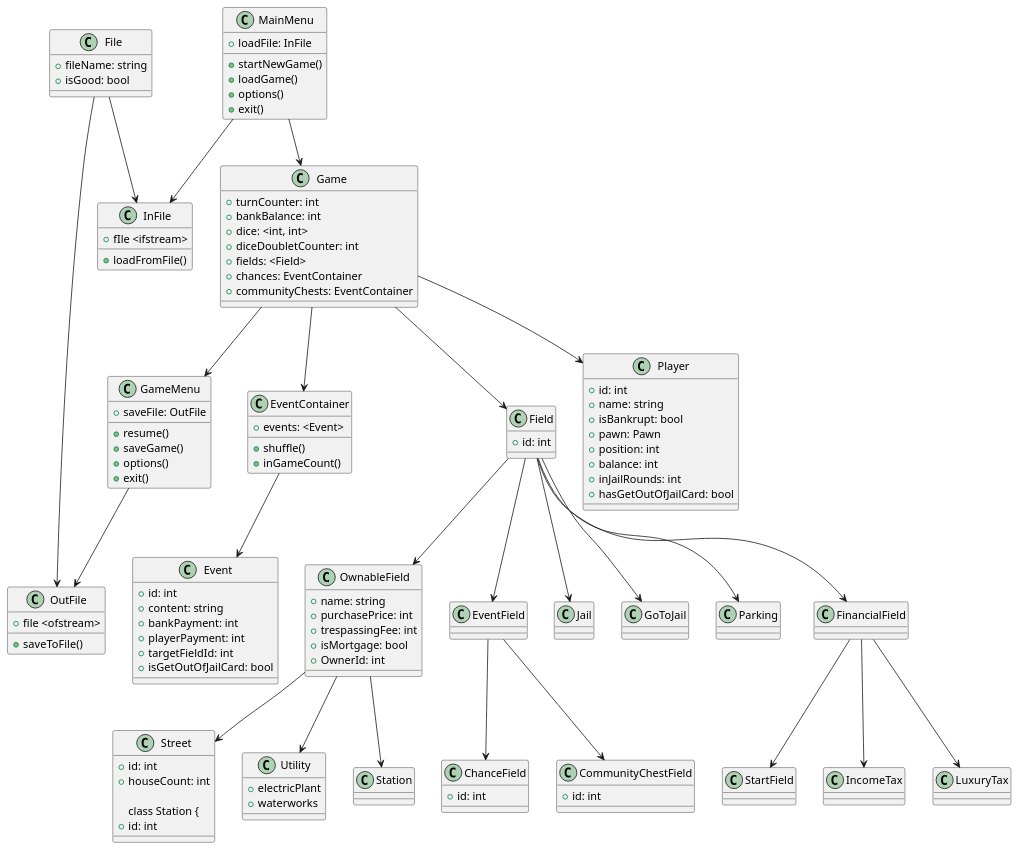
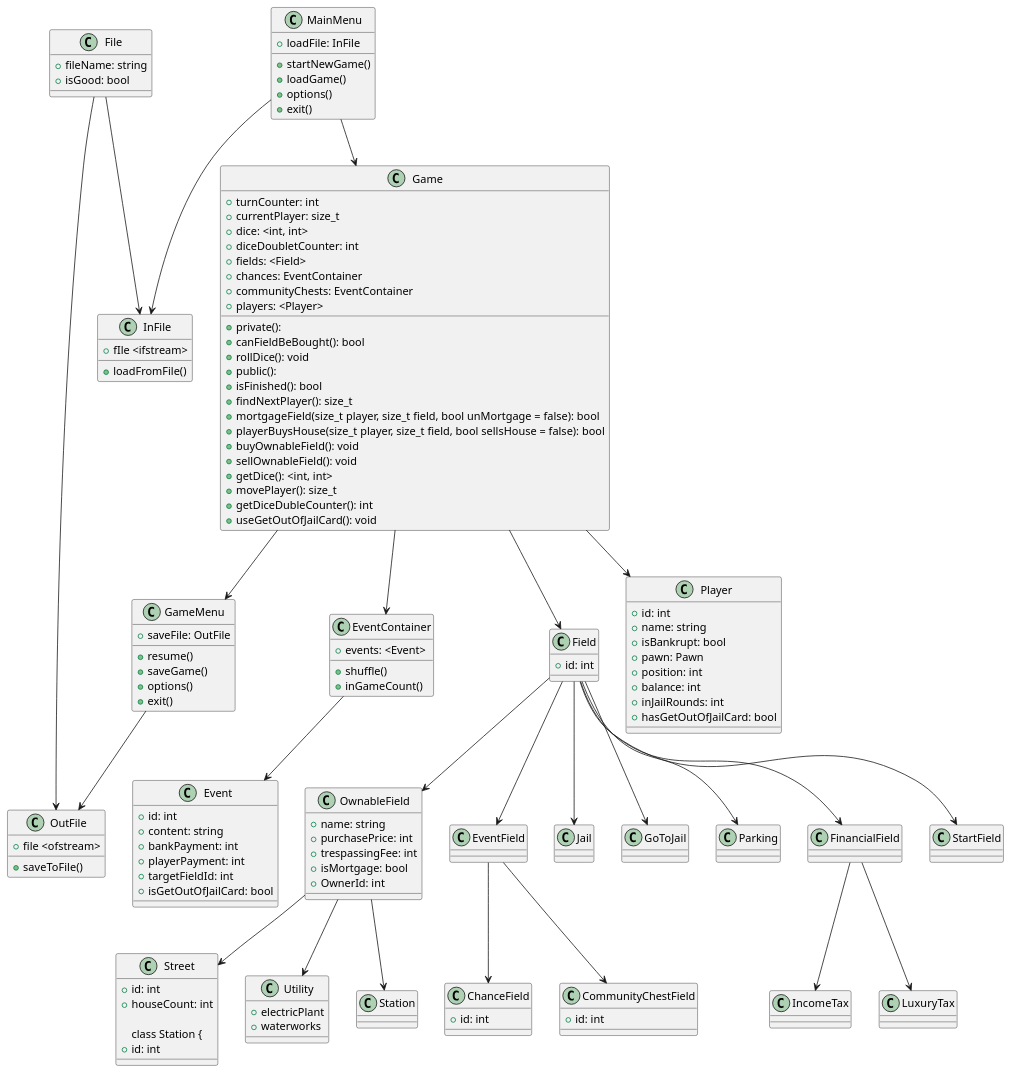
The diagram in diagram.puml (J4CeX/PROI_monopoly), drawn with PlantUML before and after one commit.

Commit message:
Modified diagram

```diff
--- a/diagram.puml
+++ b/diagram.puml
@@ -1,162 +1,166 @@
-@startuml name
+@startuml Monopoly
 class Game {
     +turnCounter: int
-    +bankBalance: int
+    +currentPlayer: size_t
     +dice: <int, int>
     +diceDoubletCounter: int
     +fields: <Field>
     +chances: EventContainer
     +communityChests: EventContainer
-    ' +callMenu()
-    ' +findCurrentPlayer()
-    ' +playerHypothecatesField()
-    ' +waitingMode()
-    ' +endWaitingMode()
-    ' +playerBuysHouse()
-    ' +playerSellsHouse()
-    ' +rollDice()
-    ' +movePlayer()
-    ' +checkTargetField()
-    ' +playerGoesToJail()
+    +players: <Player>
+    +private():
+    +canFieldBeBought(): bool
+    +rollDice(): void
+    +public():
+    +isFinished(): bool
+    +findNextPlayer(): size_t
+    +mortgageField(size_t player, size_t field, bool unMortgage = false): bool
+    +playerBuysHouse(size_t player, size_t field, bool sellsHouse = false): bool
+    +buyOwnableField(): void
+    +sellOwnableField(): void
+    +getDice(): <int, int>
+    +movePlayer(): size_t
+    +getDiceDubleCounter(): int
+    +useGetOutOfJailCard(): void
 }
 
 class File {
     +fileName: string
     +isGood: bool
 }
 
 class OutFile {
     +file <ofstream>
     +saveToFile()
 }
 
 class InFile {
     +fIle <ifstream>
     +loadFromFile()
 }
 
 class MainMenu {
     +loadFile: InFile
     +startNewGame()
     +loadGame()
     +options()
     +exit()
 }
 
 class GameMenu {
     +saveFile: OutFile
     +resume()
     +saveGame()
     +options()
     +exit()
 }
 
 class EventContainer {
     +events: <Event>
     +shuffle()
     +inGameCount()
 }
 
 class Event {
     +id: int
     +content: string
     +bankPayment: int
     +playerPayment: int
     +targetFieldId: int
     +isGetOutOfJailCard: bool
 }
 
 class Field {
     +id: int
 }
 
 class OwnableField {
     +name: string
     +purchasePrice: int
     +trespassingFee: int
     +isMortgage: bool
     +OwnerId: int
 }
 
 class Street {
     +id: int
     +houseCount: int
 
 class Station {
     +id: int
 }
 
 class Utility {
     +electricPlant
     +waterworks
 }
 
 class EventField {
 }
 
 class ChanceField {
     +id: int
 }
 
 class CommunityChestField {
     +id: int
 }
 
 class Jail {}
 
 class GoToJail {}
 
 class Parking {}
 
 class FinancialField {}
 
 class StartField {}
 
 class IncomeTax {}
 
 class LuxuryTax {}
 
 class Player {
     +id: int
     +name: string
     +isBankrupt: bool
     +pawn: Pawn
     +position: int
     +balance: int
     +inJailRounds: int
     +hasGetOutOfJailCard: bool
 }
 
 MainMenu --> Game
 MainMenu --> InFile
 
 Game --> EventContainer
 Game --> Field
 Game --> Player
 Game --> GameMenu
 
 File --> InFile
 File --> OutFile
 
 GameMenu --> OutFile
 
 EventContainer --> Event
 
 Field --> OwnableField
 Field --> EventField
 Field --> Jail
 Field --> GoToJail
 Field --> Parking
 Field --> FinancialField
+Field --> StartField
 
 OwnableField --> Street
 OwnableField --> Station
 OwnableField --> Utility
 
 EventField --> ChanceField
 EventField --> CommunityChestField
 
-FinancialField --> StartField
 FinancialField --> IncomeTax
 FinancialField --> LuxuryTax
 @enduml
```
